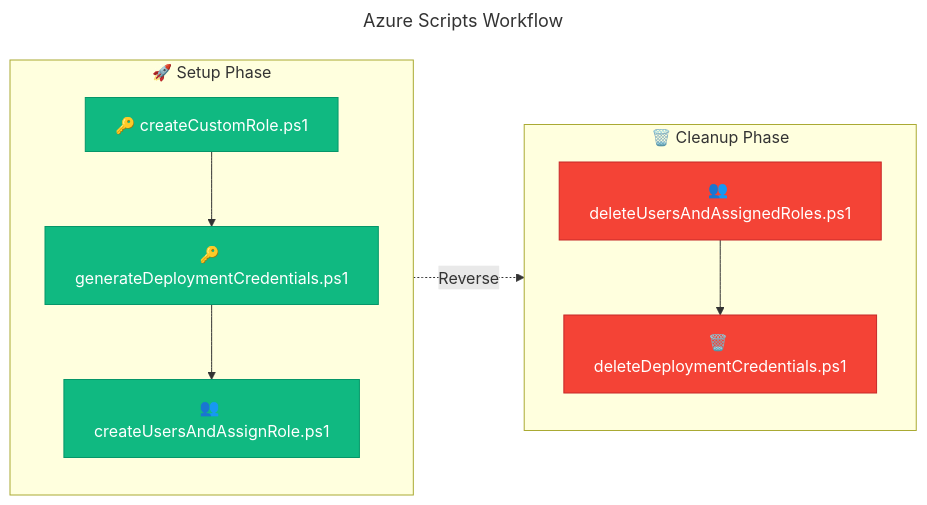
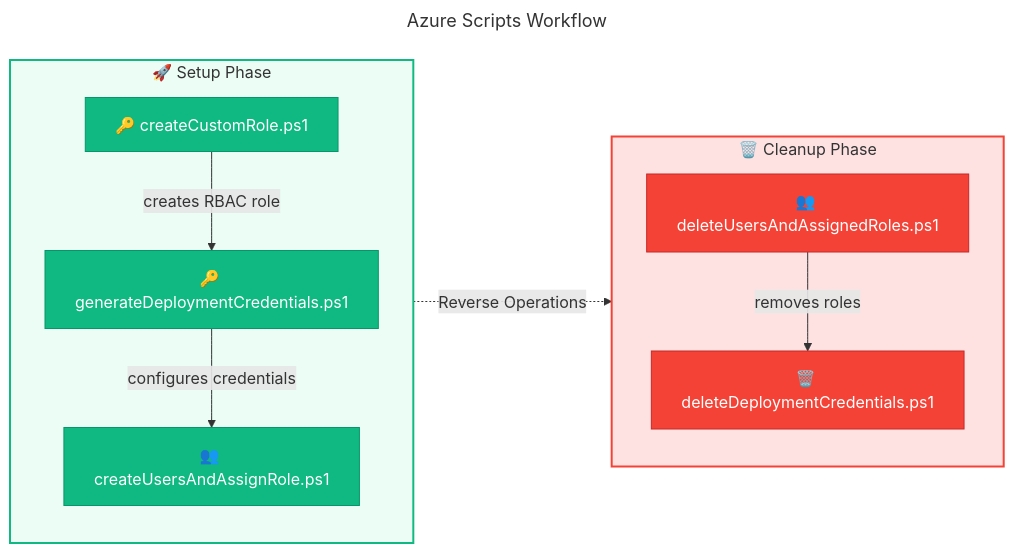
Before and after one commit to Evilazaro/DevExp-DevBox: the diagram in docs/scripts/azure/README.md, drawn with Mermaid.

Commit message:
Enhance workflow diagram in README.md by adding setup and cleanup phases, refining connections, and updating node styles for better clarity.

````diff
--- a/docs/scripts/azure/README.md
+++ b/docs/scripts/azure/README.md
@@ -73,29 +73,39 @@
 ```mermaid
 ---
 title: Azure Scripts Workflow
 ---
 flowchart LR
+    %% ===== SETUP PHASE =====
     subgraph Setup["🚀 Setup Phase"]
+        direction TB
         A["🔑 createCustomRole.ps1"]
         B["🔑 generateDeploymentCredentials.ps1"]
         C["👥 createUsersAndAssignRole.ps1"]
     end
     
+    %% ===== CLEANUP PHASE =====
     subgraph Cleanup["🗑️ Cleanup Phase"]
+        direction TB
         D["👥 deleteUsersAndAssignedRoles.ps1"]
         E["🗑️ deleteDeploymentCredentials.ps1"]
     end
     
-    A --> B
-    B --> C
-    D --> E
+    %% ===== CONNECTIONS =====
+    A -->|"creates RBAC role"| B
+    B -->|"configures credentials"| C
+    D -->|"removes roles"| E
     
-    Setup -.->|"Reverse"| Cleanup
+    Setup -.->|"Reverse Operations"| Cleanup
 
-    %% Styles
-    classDef setup fill:#10B981,stroke:#059669,color:#FFFFFF
-    classDef cleanup fill:#F44336,stroke:#C62828,color:#FFFFFF
+    %% ===== NODE STYLES =====
+    classDef primary fill:#4F46E5,stroke:#3730A3,color:#FFFFFF
+    classDef secondary fill:#10B981,stroke:#059669,color:#FFFFFF
+    classDef failed fill:#F44336,stroke:#C62828,color:#FFFFFF
     
-    class A,B,C setup
-    class D,E cleanup
+    class A,B,C secondary
+    class D,E failed
+
+    %% ===== SUBGRAPH STYLES =====
+    style Setup fill:#ECFDF5,stroke:#10B981,stroke-width:2px
+    style Cleanup fill:#FEE2E2,stroke:#F44336,stroke-width:2px
 ```
````
